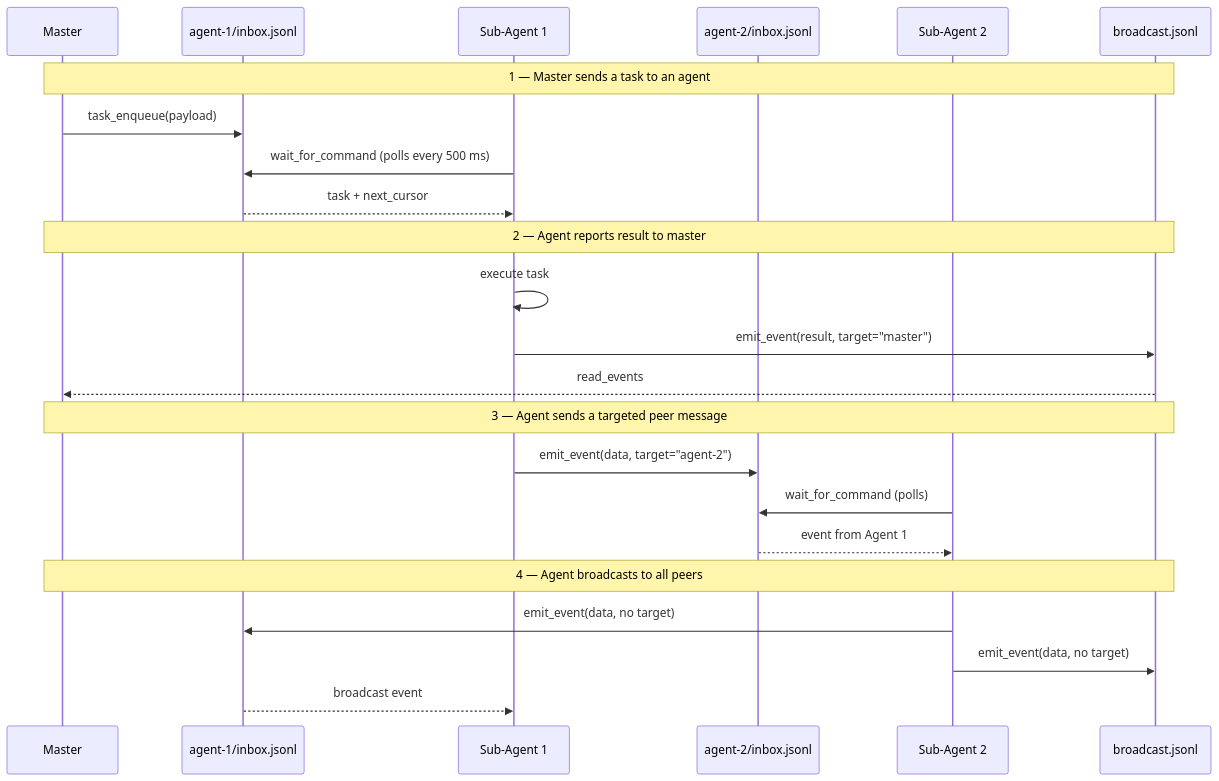
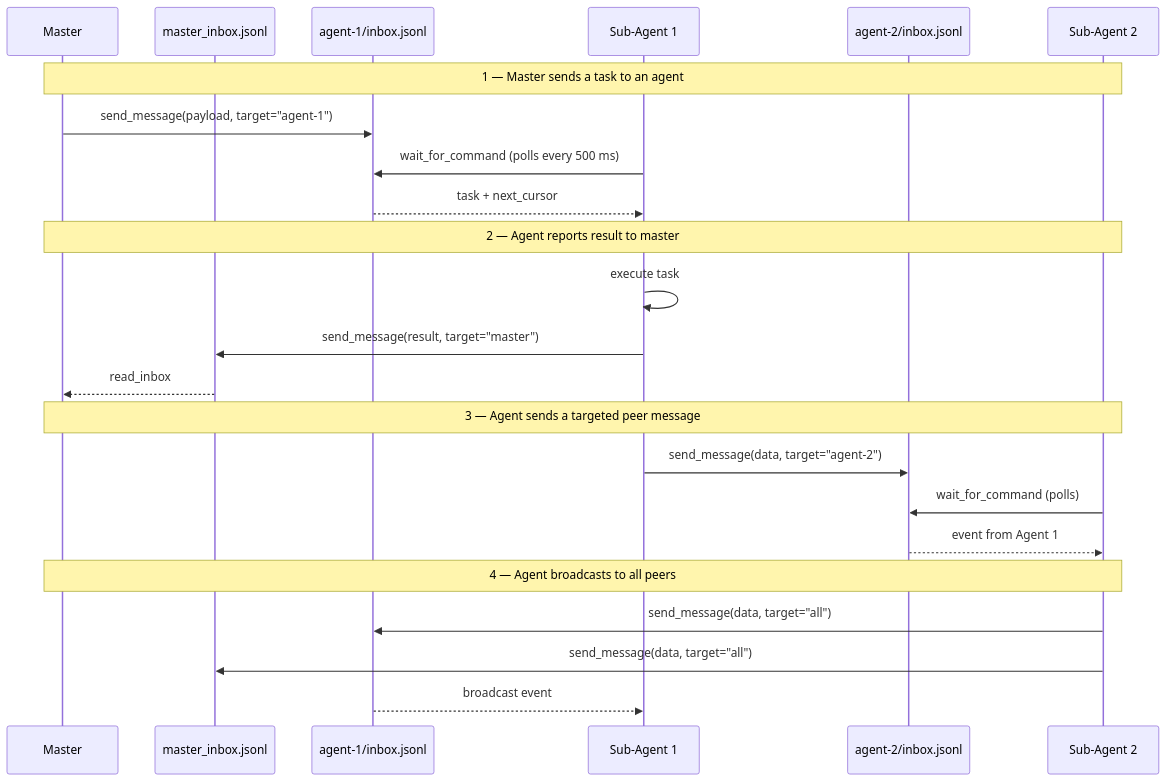
One commit to kkweon/agent-orchestrator-mcp changed the third of 3 diagrams in README.md. Above: the diagram before and after it, drawn with Mermaid. The commit also changed other lines of this file and 1 other file, not shown here.

Commit message:
docs: update README and CLAUDE.md with Actor model diagrams and tool specs

````diff
--- a/README.md
+++ b/README.md
@@ -87,29 +87,29 @@
 ```mermaid
 sequenceDiagram
     participant Master
+    participant MI as master_inbox.jsonl
     participant Inbox1 as agent-1/inbox.jsonl
     participant Agent1 as Sub-Agent 1
     participant Inbox2 as agent-2/inbox.jsonl
     participant Agent2 as Sub-Agent 2
-    participant BC as broadcast.jsonl
 
-    Note over Master,BC: 1 — Master sends a task to an agent
-    Master->>Inbox1: task_enqueue(payload)
+    Note over Master,Agent2: 1 — Master sends a task to an agent
+    Master->>Inbox1: send_message(payload, target="agent-1")
     Agent1->>Inbox1: wait_for_command (polls every 500 ms)
     Inbox1-->>Agent1: task + next_cursor
 
-    Note over Master,BC: 2 — Agent reports result to master
+    Note over Master,Agent2: 2 — Agent reports result to master
     Agent1->>Agent1: execute task
-    Agent1->>BC: emit_event(result, target="master")
-    BC-->>Master: read_events
+    Agent1->>MI: send_message(result, target="master")
+    MI-->>Master: read_inbox
 
-    Note over Master,BC: 3 — Agent sends a targeted peer message
-    Agent1->>Inbox2: emit_event(data, target="agent-2")
+    Note over Master,Agent2: 3 — Agent sends a targeted peer message
+    Agent1->>Inbox2: send_message(data, target="agent-2")
     Agent2->>Inbox2: wait_for_command (polls)
     Inbox2-->>Agent2: event from Agent 1
 
-    Note over Master,BC: 4 — Agent broadcasts to all peers
-    Agent2->>Inbox1: emit_event(data, no target)
-    Agent2->>BC: emit_event(data, no target)
+    Note over Master,Agent2: 4 — Agent broadcasts to all peers
+    Agent2->>Inbox1: send_message(data, target="all")
+    Agent2->>MI: send_message(data, target="all")
     Inbox1-->>Agent1: broadcast event
 ```
````
